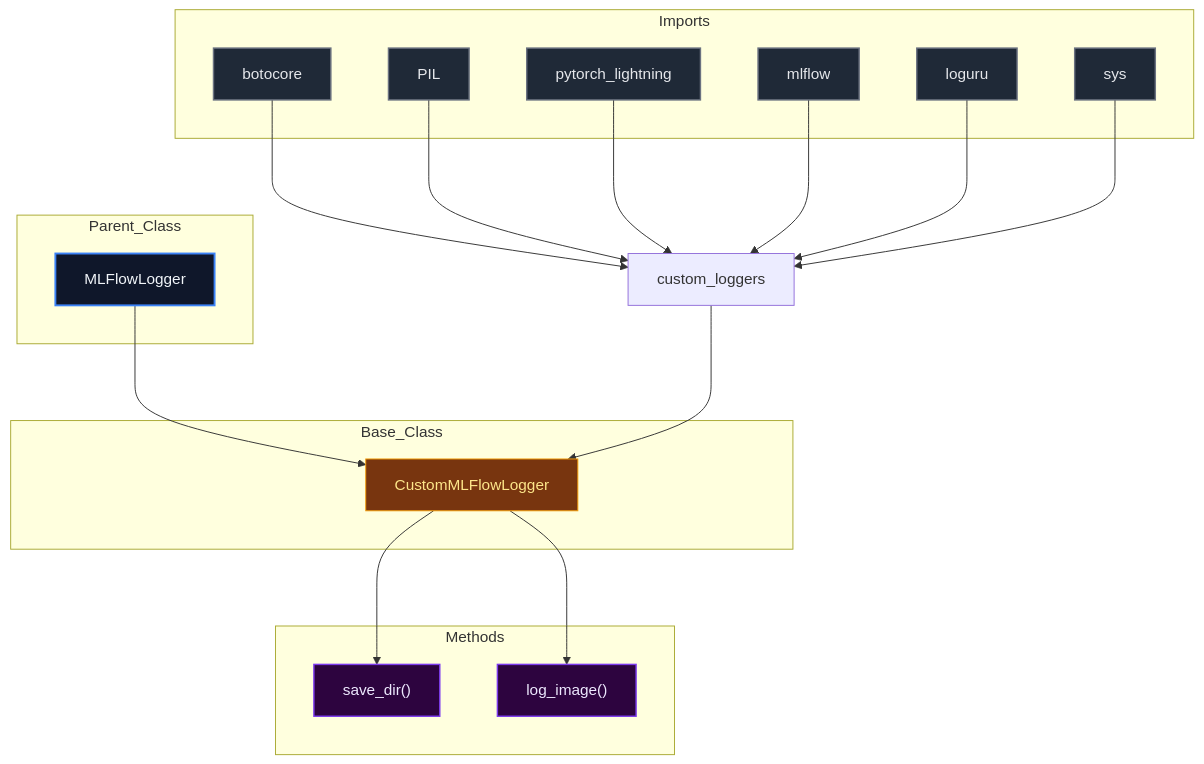
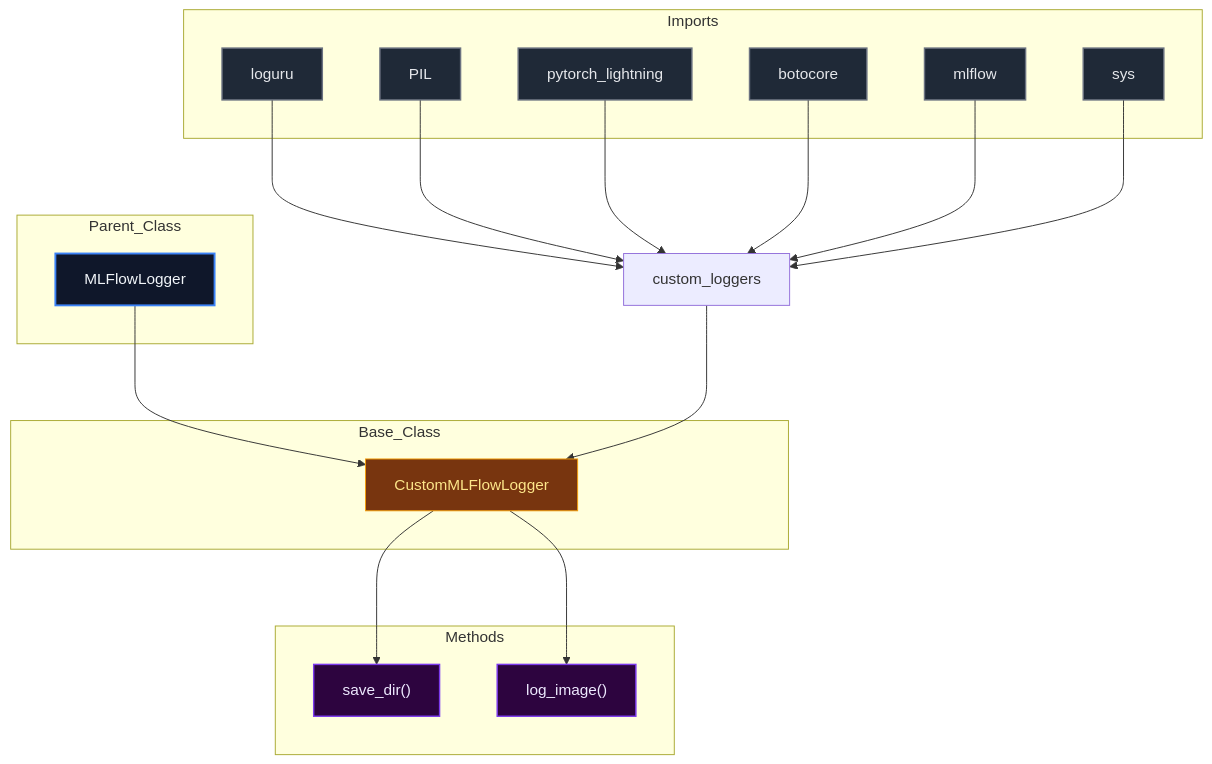
One commit to mllam/neural-lam changed the diagram in docs/diagrams/custom_loggers_diagram.md. Above: the diagram before and after it, drawn with Mermaid. The commit also changed 21 other files, not shown here.

Commit message:
Auto-update Mermaid diagrams

````diff
--- a/docs/diagrams/custom_loggers_diagram.md
+++ b/docs/diagrams/custom_loggers_diagram.md
@@ -1,52 +1,52 @@
 ```mermaid
 %%{init: {'flowchart': {'nodeSpacing': 60, 'rankSpacing': 80}}}%%
 flowchart TD
 
 module["custom_loggers"]
 
 subgraph Parent_Class
     MLFlowLogger["MLFlowLogger"]
 end
 
 subgraph Base_Class
     CustomMLFlowLogger["CustomMLFlowLogger"]
 end
 
     MLFlowLogger --> CustomMLFlowLogger
 
 subgraph Imports
-    botocore["botocore"]
+    loguru["loguru"]
     PIL["PIL"]
     pytorch_lightning["pytorch_lightning"]
+    botocore["botocore"]
     mlflow["mlflow"]
-    loguru["loguru"]
     sys["sys"]
 end
 
-    botocore --> module
+    loguru --> module
     PIL --> module
     pytorch_lightning --> module
+    botocore --> module
     mlflow --> module
-    loguru --> module
     sys --> module
     module --> CustomMLFlowLogger
 
 subgraph Methods
     CustomMLFlowLogger_save_dir["save_dir()"]
     CustomMLFlowLogger_log_image["log_image()"]
 end
 
     CustomMLFlowLogger --> CustomMLFlowLogger_save_dir
     CustomMLFlowLogger --> CustomMLFlowLogger_log_image
 
 classDef parent fill:#0f172a,stroke:#3b82f6,stroke-width:2px,color:#f1f5f9,font-size:16px
 classDef base fill:#78350f,stroke:#f59e0b,stroke-width:1px,color:#fde68a,font-size:16px
 classDef import fill:#1f2937,stroke:#6b7280,stroke-width:1.5px,color:#e5e7eb,font-size:16px
 classDef method fill:#2d043f,stroke:#7c3aed,stroke-width:1.5px,color:#ede9fe,font-size:16px
 classDef callNode fill:#064e3b,stroke:#10b981,stroke-width:1.5px,color:#d1fae5,font-size:16px
 class MLFlowLogger parent
 class CustomMLFlowLogger base
-class botocore,PIL,pytorch_lightning,mlflow,loguru,sys import
+class loguru,PIL,pytorch_lightning,botocore,mlflow,sys import
 class CustomMLFlowLogger_save_dir,CustomMLFlowLogger_log_image method
 
 ```
````
